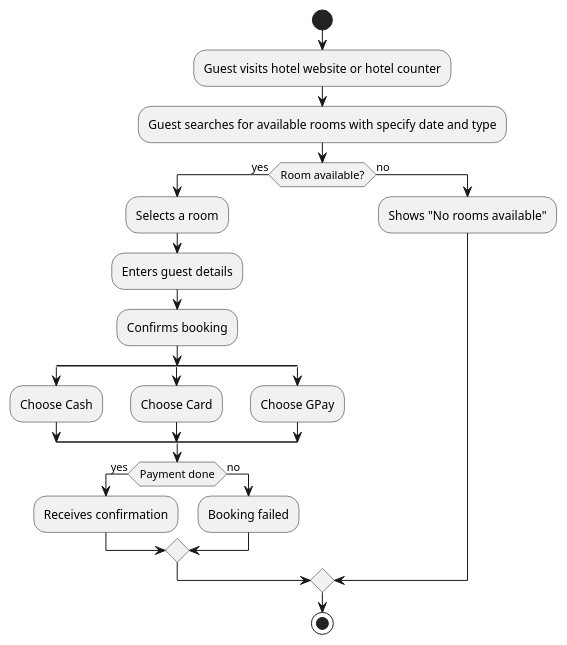
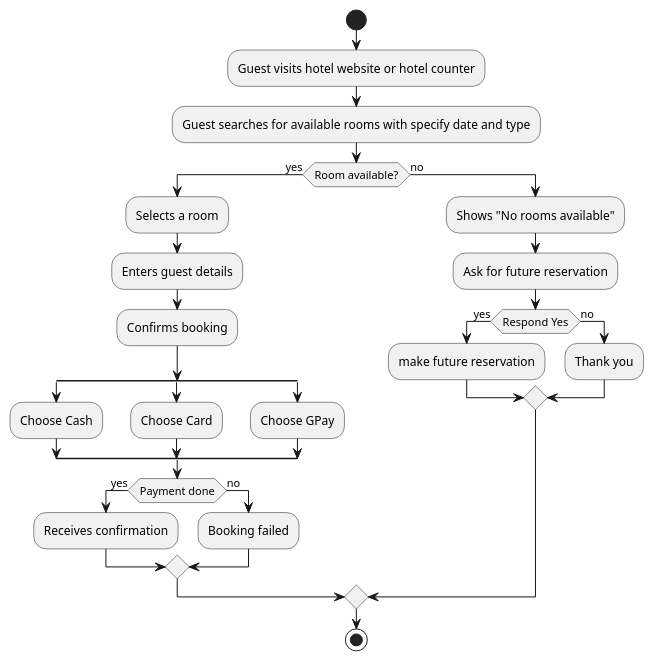
Before and after one commit to N-das/Hotel-UML-diagram: the third of 3 diagrams in Hotel.Activity.Puml, drawn with PlantUML.

Commit message:
changes made in Activity diagram

```diff
--- a/Hotel.Activity.Puml
+++ b/Hotel.Activity.Puml
@@ -39,26 +39,32 @@
 @startuml
 start
 :Guest visits hotel website or hotel counter;
 :Guest searches for available rooms with specify date and type;
 if (Room available?) then (yes)
   :Selects a room;
   :Enters guest details;
   :Confirms booking;
   ' :Ask how guest would like to pay cash, cheque or card;
   split
     :Choose Cash;
   split again
     :Choose Card;
   split again
     :Choose GPay;
   end split
     if (Payment done) then (yes)
     :Receives confirmation; 
     else (no)
     :Booking failed;
     endif
 else (no)
   :Shows "No rooms available";
+  :Ask for future reservation;
+  if(Respond Yes) then (yes)
+  :make future reservation;
+  else (no)
+  :Thank you;
+  endif
 endif
 stop
 @enduml
```
